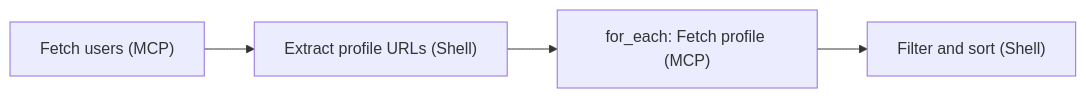
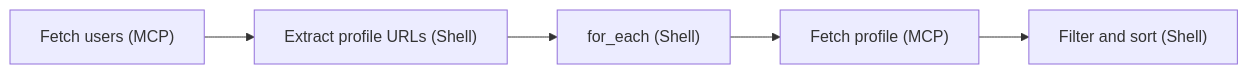
The first of 2 diagrams in README.md (StacklokLabs/model-context-shell), drawn with Mermaid before and after one commit. The commit also changed other lines of this file, not shown here.

````diff
--- a/README.md
+++ b/README.md
@@ -14,4 +14,4 @@
 ```mermaid
 flowchart LR
-    A["Fetch users (MCP)"] --> B["Extract profile URLs (Shell)"] --> C["for_each: Fetch profile (MCP)"] --> D["Filter and sort (Shell)"]
+    A["Fetch users (MCP)"] --> B["Extract profile URLs (Shell)"] --> C["for_each (Shell)"] --> C1["Fetch profile (MCP)"] --> D["Filter and sort (Shell)"]
 ```
````
